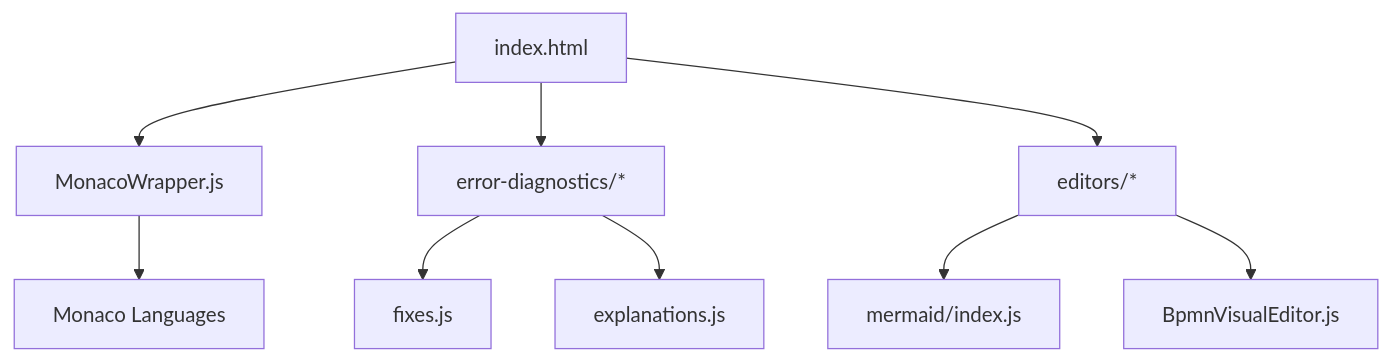
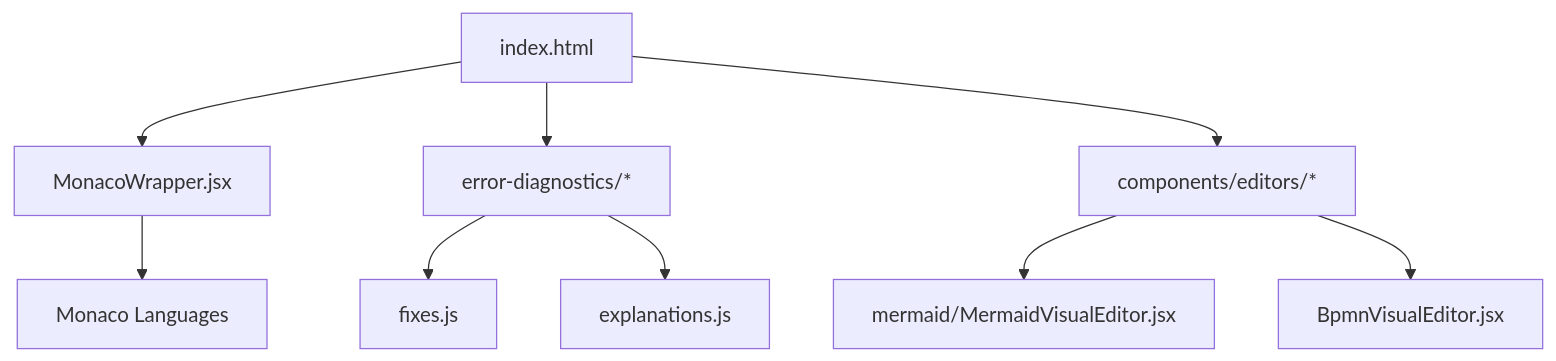
One commit to ongchonghian/universal-diagram-editor changed the fifth of 6 diagrams in .qoder/repowiki/en/content/Diagram Types and Formats/Specialized Diagram Formats.md. Above: the diagram before and after it, drawn with Mermaid. The commit also changed other lines of this file and 31 other files, not shown here.

````diff
--- a/.qoder/repowiki/en/content/Diagram Types and Formats/Specialized Diagram Formats.md
+++ b/.qoder/repowiki/en/content/Diagram Types and Formats/Specialized Diagram Formats.md
@@ -290,11 +287,11 @@
 ```mermaid
 graph TB
-Index["index.html"] --> Monaco["MonacoWrapper.js"]
+Index["index.html"] --> Monaco["MonacoWrapper.jsx"]
 Index --> Diag["error-diagnostics/*"]
-Index --> Editors["editors/*"]
-Editors --> Mermaid["mermaid/index.js"]
-Editors --> BPMN["BpmnVisualEditor.js"]
+Index --> Editors["components/editors/*"]
+Editors --> Mermaid["mermaid/MermaidVisualEditor.jsx"]
+Editors --> BPMN["BpmnVisualEditor.jsx"]
 Monaco --> Langs["Monaco Languages"]
 Diag --> Fixes["fixes.js"]
 Diag --> Expl["explanations.js"]
 ```
````
